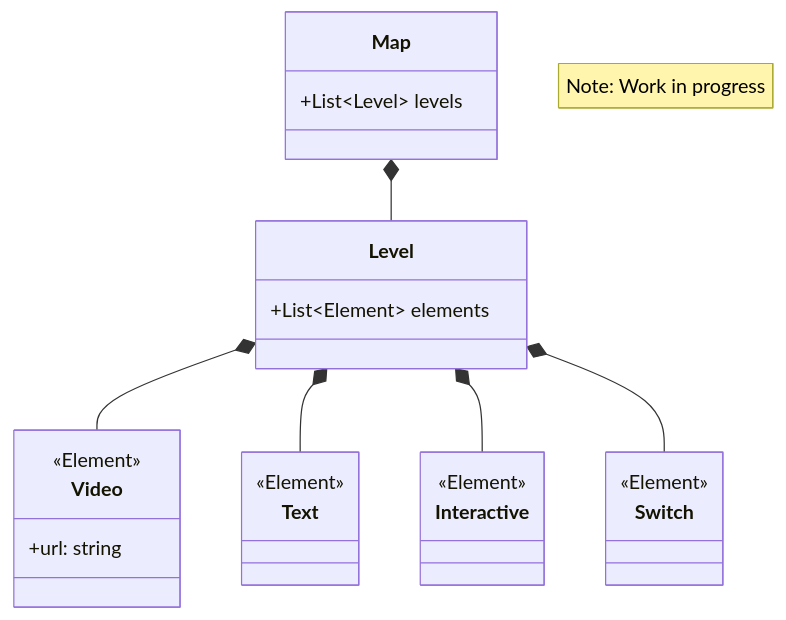
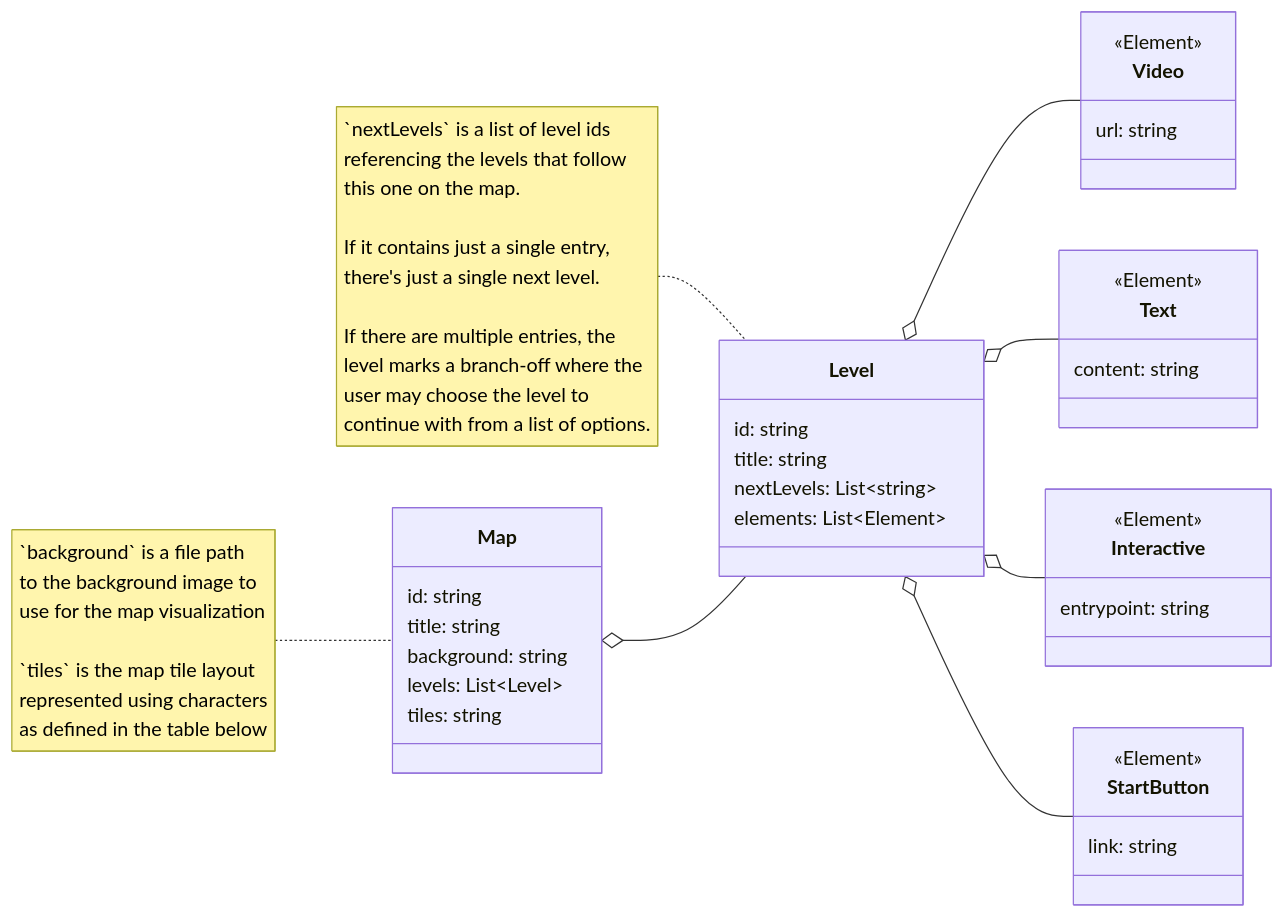
One commit to dkwdp/architecture-blueprint changed the diagram in README.md. Above: the diagram before and after it, drawn with Mermaid.

Commit message:
Add additional details to diagram

````diff
--- a/README.md
+++ b/README.md
@@ -3,35 +3,49 @@
 ```mermaid
 classDiagram
-    note "Note: Work in progress"
+    direction LR
     
     class Map {
-        +List~Level~ levels
+        id: string
+        title: string
+        background: string
+        levels: List~Level~
+        tiles: string
     }
+    
+    note for Map "`background` is a file path<br>to the background image to<br>use for the map visualization<br><br>`tiles` is the map tile layout<br>represented using characters<br>as defined in the table below"
 
     class Level {
-        +List~Element~ elements
+        id: string
+        title: string
+        nextLevels: List~string~
+        elements: List~Element~
     }
+    
+    note for Level "`nextLevels` is a list of level ids<br>referencing the levels that follow<br>this one on the map.<br><br>If it contains just a single entry,<br>there's just a single next level.<br><br>If there are multiple entries, the<br>level marks a branch-off where the<br>user may choose the level to<br>continue with from a list of options."
 
     class Video {
         <<Element>>
-        +url: string
+        url: string
     }
 
     class Text {
         <<Element>>
+        content: string
     }
 
     class Interactive {
         <<Element>>
+        entrypoint: string
+    }
+    
+    class StartButton {
+        <<Element>>
+        link: string
     }
 
-    class Switch {
-        <<Element>>
-    }
-
-    Map *-- Level
-    Level *-- Video
-    Level *-- Text
-    Level *-- Interactive
-    Level *-- Switch
+    Map o-- Level
+    Level o-- Video
+    Level o-- Text
+    Level o-- Interactive
+    Level o-- StartButton
 ```
````
